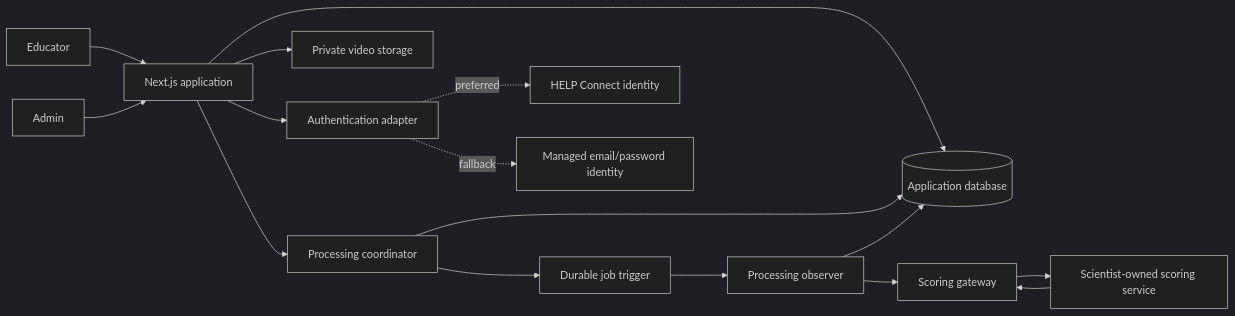
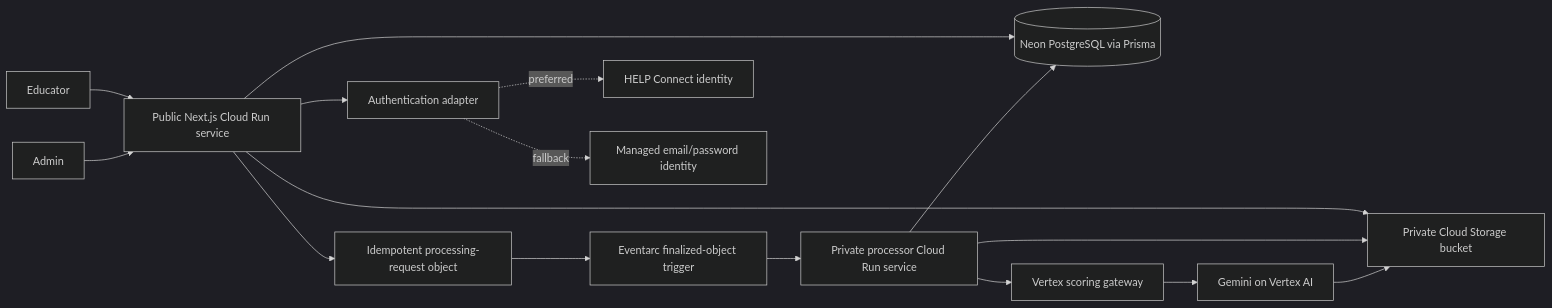
Before and after one commit to catorch/early-childhood-assessment-workbench: the first of 4 diagrams in docs/specs/help-review-production-platform/design.md, drawn with Mermaid (dark theme). The commit also changed other lines of this file and 177 other files, not shown here.

````diff
--- a/docs/specs/help-review-production-platform/design.md
+++ b/docs/specs/help-review-production-platform/design.md
@@ -31,20 +31,19 @@
 ```mermaid
 flowchart LR
-    Educator[Educator] --> App[Next.js application]
-    Admin[Admin] --> App
+    Educator[Educator] --> Web[Public Next.js Cloud Run service]
+    Admin[Admin] --> Web
 
-    App --> Auth[Authentication adapter]
-    App --> DB[(Application database)]
-    App --> Storage[Private video storage]
-    App --> Coordinator[Processing coordinator]
-    Coordinator --> DB
-    Coordinator --> Queue[Durable job trigger]
-    Queue --> Worker[Processing observer]
-    Worker --> Gateway[Scoring gateway]
+    Web --> Auth[Authentication adapter]
+    Web --> DB[(Neon PostgreSQL via Prisma)]
+    Web --> Storage[Private Cloud Storage bucket]
+    Web --> Marker[Idempotent processing-request object]
+    Marker --> Eventarc[Eventarc finalized-object trigger]
+    Eventarc --> Worker[Private processor Cloud Run service]
     Worker --> DB
+    Worker --> Storage
+    Worker --> Gateway[Vertex scoring gateway]
+    Gateway --> Vertex[Gemini on Vertex AI]
+    Vertex --> Storage
     Auth -. preferred .-> HelpConnect[HELP Connect identity]
     Auth -. fallback .-> ManagedIdentity[Managed email/password identity]
-    Gateway --> Scientist[Scientist-owned scoring service]
-
-    Scientist --> Gateway
 ```
````
